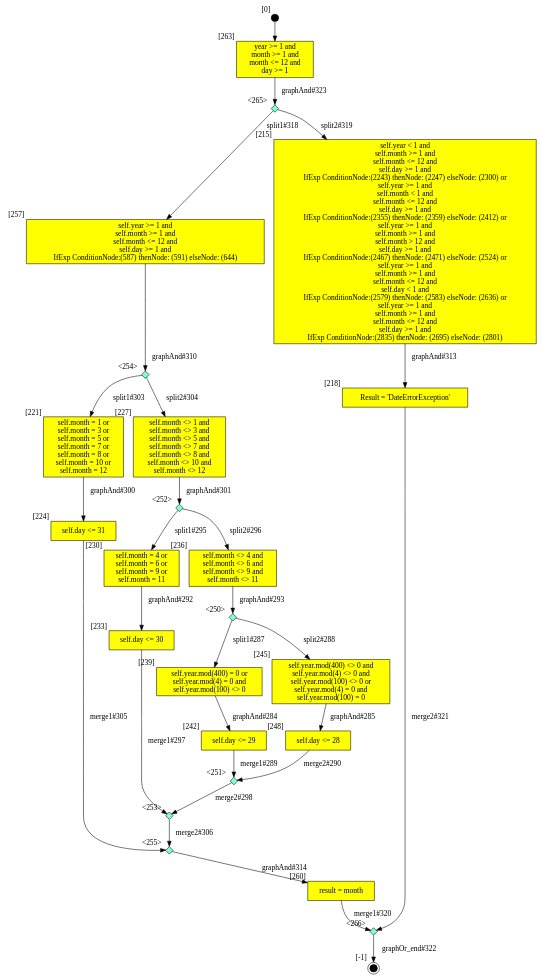
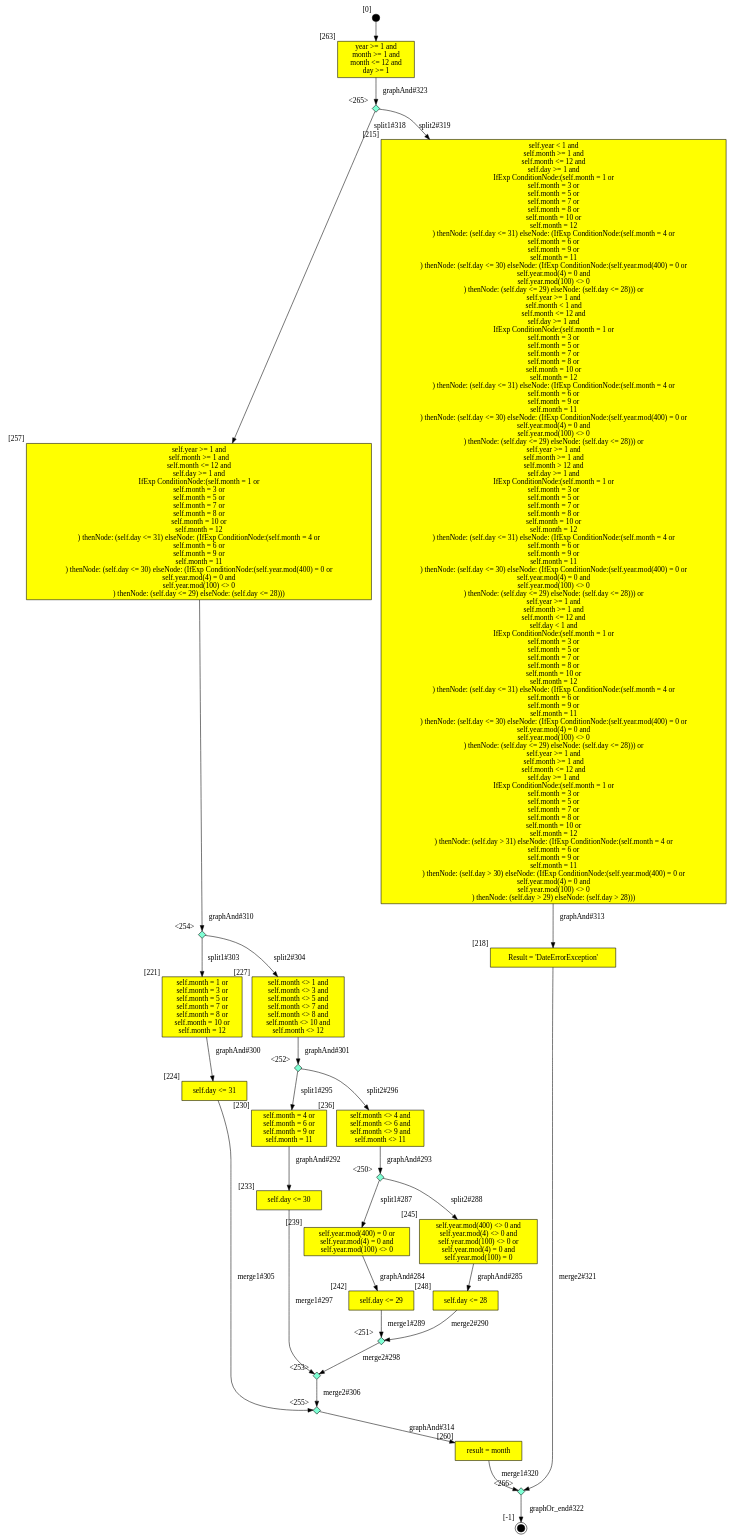
One commit to SamHseih/ocl-testcase-generator changed the diagram in output/CLG/Date/tcgen_Date_getMonth_DC.dot. Above: the diagram before and after it, drawn with Graphviz. The commit also changed 1691 other files, not shown here.

```diff
--- a/output/CLG/Date/tcgen_Date_getMonth_DC.dot
+++ b/output/CLG/Date/tcgen_Date_getMonth_DC.dot
@@ -3,7 +3,21 @@
 self.month >= 1 and
 self.month <= 12 and
 self.day >= 1 and
-IfExp ConditionNode:(587) thenNode: (591) elseNode: (644)
+IfExp ConditionNode:(self.month = 1 or
+self.month = 3 or
+self.month = 5 or
+self.month = 7 or
+self.month = 8 or
+self.month = 10 or
+self.month = 12
+) thenNode: (self.day <= 31) elseNode: (IfExp ConditionNode:(self.month = 4 or
+self.month = 6 or
+self.month = 9 or
+self.month = 11
+) thenNode: (self.day <= 30) elseNode: (IfExp ConditionNode:(self.year.mod(400) = 0 or
+self.year.mod(4) = 0 and
+self.year.mod(100) <> 0
+) thenNode: (self.day <= 29) elseNode: (self.day <= 28)))
 ", style=filled, fillcolor=yellow, xlabel="[257]"];
   260 [shape="box", label="result = month", style=filled, fillcolor=yellow, xlabel="[260]"];
   262 [style=filled, fillcolor=black, shape="circle", label="", fixedsize=true, width=.2, height=.2, xlabel="[0]"];
@@ -18,27 +32,97 @@
 self.month >= 1 and
 self.month <= 12 and
 self.day >= 1 and
-IfExp ConditionNode:(2243) thenNode: (2247) elseNode: (2300) or
+IfExp ConditionNode:(self.month = 1 or
+self.month = 3 or
+self.month = 5 or
+self.month = 7 or
+self.month = 8 or
+self.month = 10 or
+self.month = 12
+) thenNode: (self.day <= 31) elseNode: (IfExp ConditionNode:(self.month = 4 or
+self.month = 6 or
+self.month = 9 or
+self.month = 11
+) thenNode: (self.day <= 30) elseNode: (IfExp ConditionNode:(self.year.mod(400) = 0 or
+self.year.mod(4) = 0 and
+self.year.mod(100) <> 0
+) thenNode: (self.day <= 29) elseNode: (self.day <= 28))) or
 self.year >= 1 and
 self.month < 1 and
 self.month <= 12 and
 self.day >= 1 and
-IfExp ConditionNode:(2355) thenNode: (2359) elseNode: (2412) or
+IfExp ConditionNode:(self.month = 1 or
+self.month = 3 or
+self.month = 5 or
+self.month = 7 or
+self.month = 8 or
+self.month = 10 or
+self.month = 12
+) thenNode: (self.day <= 31) elseNode: (IfExp ConditionNode:(self.month = 4 or
+self.month = 6 or
+self.month = 9 or
+self.month = 11
+) thenNode: (self.day <= 30) elseNode: (IfExp ConditionNode:(self.year.mod(400) = 0 or
+self.year.mod(4) = 0 and
+self.year.mod(100) <> 0
+) thenNode: (self.day <= 29) elseNode: (self.day <= 28))) or
 self.year >= 1 and
 self.month >= 1 and
 self.month > 12 and
 self.day >= 1 and
-IfExp ConditionNode:(2467) thenNode: (2471) elseNode: (2524) or
+IfExp ConditionNode:(self.month = 1 or
+self.month = 3 or
+self.month = 5 or
+self.month = 7 or
+self.month = 8 or
+self.month = 10 or
+self.month = 12
+) thenNode: (self.day <= 31) elseNode: (IfExp ConditionNode:(self.month = 4 or
+self.month = 6 or
+self.month = 9 or
+self.month = 11
+) thenNode: (self.day <= 30) elseNode: (IfExp ConditionNode:(self.year.mod(400) = 0 or
+self.year.mod(4) = 0 and
+self.year.mod(100) <> 0
+) thenNode: (self.day <= 29) elseNode: (self.day <= 28))) or
 self.year >= 1 and
 self.month >= 1 and
 self.month <= 12 and
 self.day < 1 and
-IfExp ConditionNode:(2579) thenNode: (2583) elseNode: (2636) or
+IfExp ConditionNode:(self.month = 1 or
+self.month = 3 or
+self.month = 5 or
+self.month = 7 or
+self.month = 8 or
+self.month = 10 or
+self.month = 12
+) thenNode: (self.day <= 31) elseNode: (IfExp ConditionNode:(self.month = 4 or
+self.month = 6 or
+self.month = 9 or
+self.month = 11
+) thenNode: (self.day <= 30) elseNode: (IfExp ConditionNode:(self.year.mod(400) = 0 or
+self.year.mod(4) = 0 and
+self.year.mod(100) <> 0
+) thenNode: (self.day <= 29) elseNode: (self.day <= 28))) or
 self.year >= 1 and
 self.month >= 1 and
 self.month <= 12 and
 self.day >= 1 and
-IfExp ConditionNode:(2835) thenNode: (2695) elseNode: (2801)
+IfExp ConditionNode:(self.month = 1 or
+self.month = 3 or
+self.month = 5 or
+self.month = 7 or
+self.month = 8 or
+self.month = 10 or
+self.month = 12
+) thenNode: (self.day > 31) elseNode: (IfExp ConditionNode:(self.month = 4 or
+self.month = 6 or
+self.month = 9 or
+self.month = 11
+) thenNode: (self.day > 30) elseNode: (IfExp ConditionNode:(self.year.mod(400) = 0 or
+self.year.mod(4) = 0 and
+self.year.mod(100) <> 0
+) thenNode: (self.day > 29) elseNode: (self.day > 28)))
 ", style=filled, fillcolor=yellow, xlabel="[215]"];
   218 [shape="box", label="Result = 'DateErrorException'", style=filled, fillcolor=yellow, xlabel="[218]"];
   219 [style=filled, fillcolor=black, shape="doublecircle", label="", fixedsize=true, width=.2, height=.2, xlabel="[-1]"];
```
